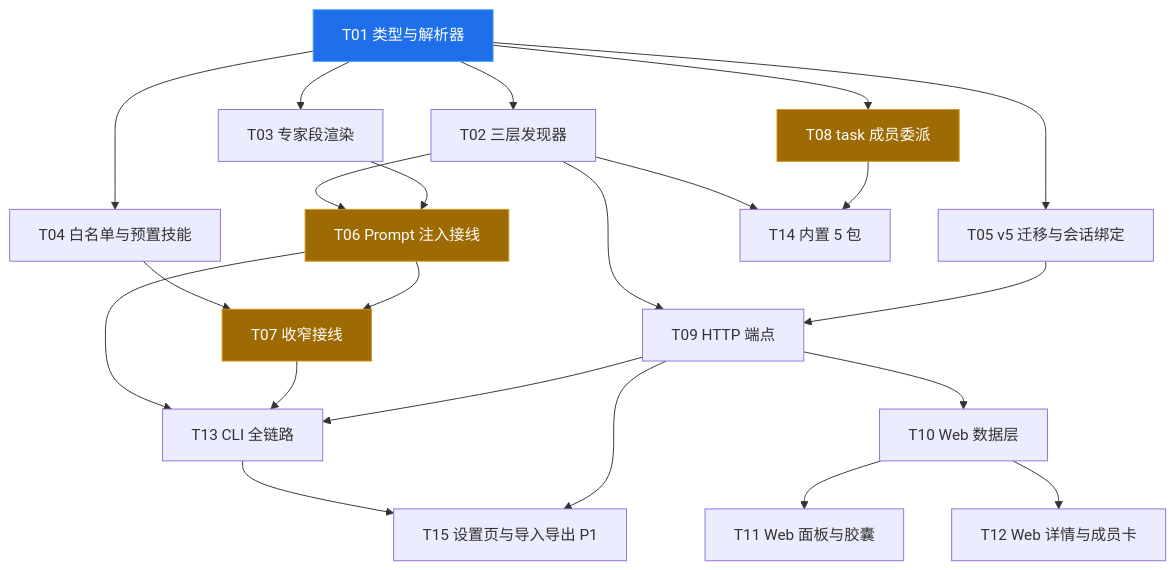
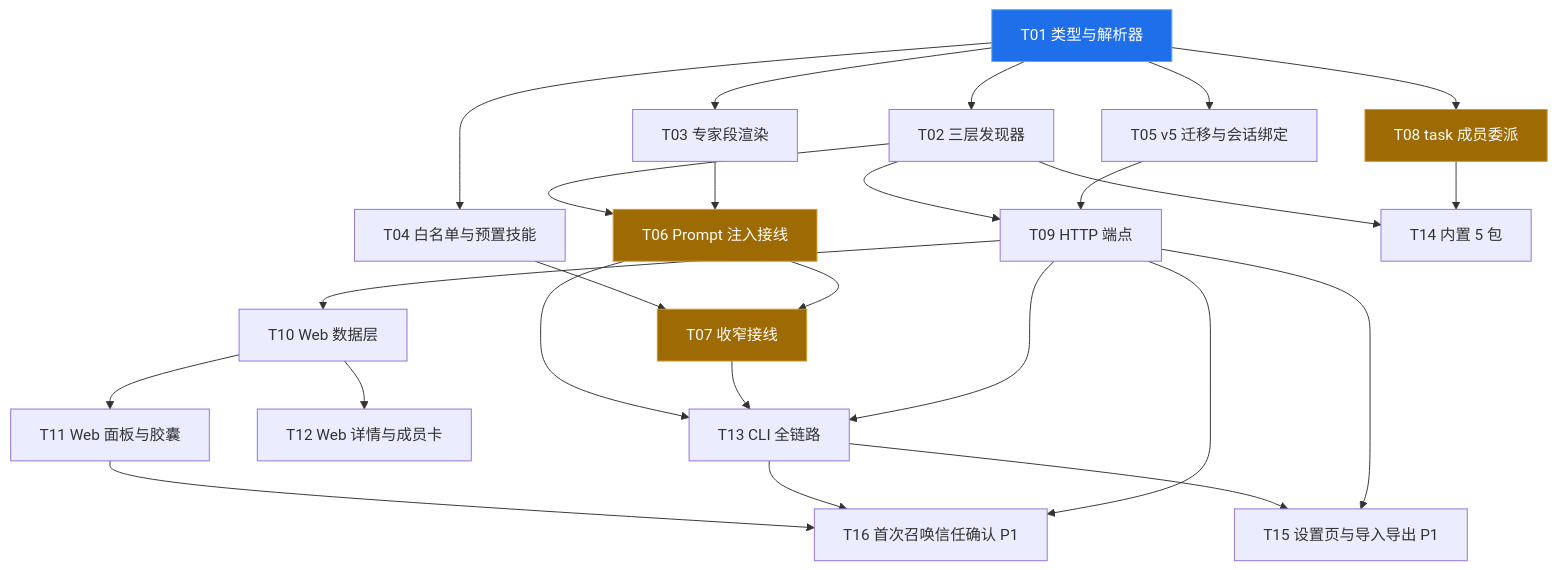
Before and after one commit to lwly/delta-agent: the sixth of 6 diagrams in docs/design-f39-experts.md, drawn with Mermaid. The commit also changed other lines of this file and 1 other file, not shown here.

Commit message:
docs: F-39 安全与可观测三项修订（回放标记 / 首次召唤信任确认 / v5 迁移幂等）

````diff
--- a/docs/design-f39-experts.md
+++ b/docs/design-f39-experts.md
@@ -1459,45 +1509,49 @@
 ```mermaid
 graph TD
     T01["T01 类型与解析器"]
     T02["T02 三层发现器"]
     T03["T03 专家段渲染"]
     T04["T04 白名单与预置技能"]
     T05["T05 v5 迁移与会话绑定"]
     T06["T06 Prompt 注入接线"]
     T07["T07 收窄接线"]
     T08["T08 task 成员委派"]
     T09["T09 HTTP 端点"]
     T10["T10 Web 数据层"]
     T11["T11 Web 面板与胶囊"]
     T12["T12 Web 详情与成员卡"]
     T13["T13 CLI 全链路"]
     T14["T14 内置 5 包"]
     T15["T15 设置页与导入导出 P1"]
+    T16["T16 首次召唤信任确认 P1"]
 
     T01 --> T02
     T01 --> T03
     T01 --> T04
     T01 --> T05
     T01 --> T08
     T02 --> T06
     T03 --> T06
     T02 --> T09
     T05 --> T09
     T04 --> T07
     T06 --> T07
     T02 --> T14
     T08 --> T14
     T06 --> T13
     T07 --> T13
     T09 --> T10
     T09 --> T13
     T10 --> T11
     T10 --> T12
     T13 --> T15
     T09 --> T15
+    T11 --> T16
+    T13 --> T16
+    T09 --> T16
 
     style T01 fill:#1f6feb,stroke:#58a6ff,color:#fff
     style T06 fill:#9e6a03,stroke:#d29922,color:#fff
     style T07 fill:#9e6a03,stroke:#d29922,color:#fff
     style T08 fill:#9e6a03,stroke:#d29922,color:#fff
 ```
````
